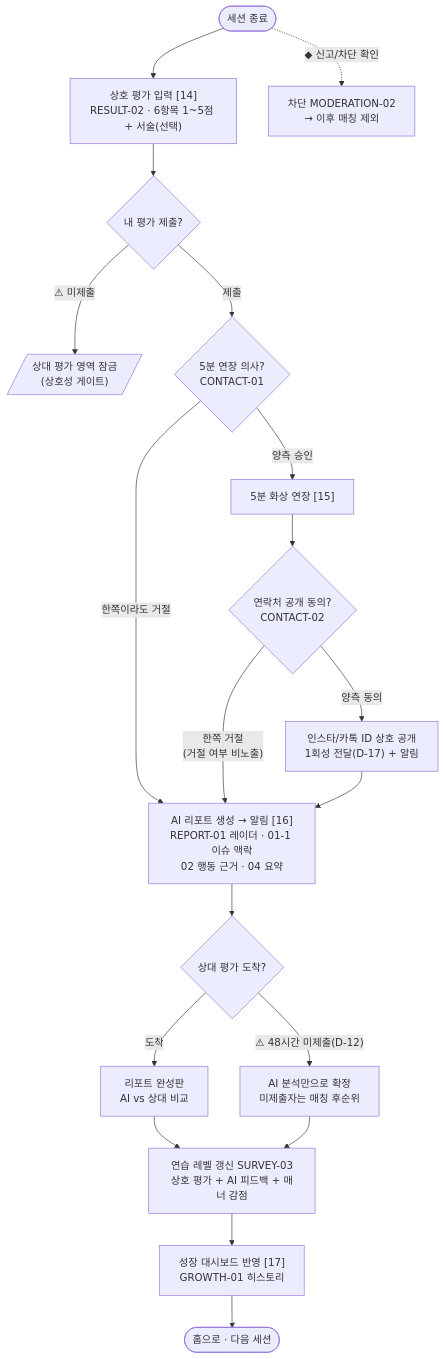
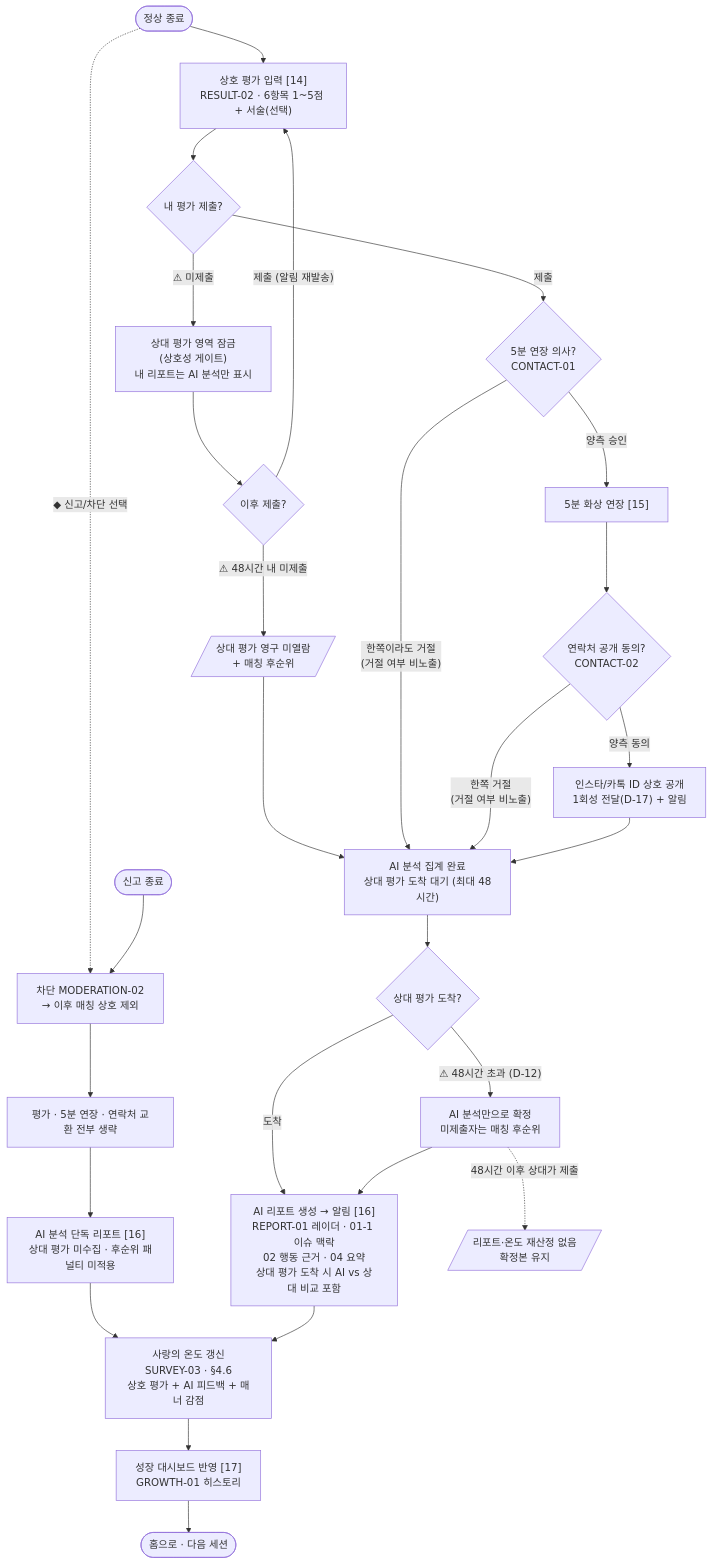
Before and after one commit to nenini/tikitaka: the fifth of 7 diagrams in 기획산출물/유저플로우.md, drawn with Mermaid. The commit also changed other lines of this file, not shown here.

Commit message:
(S15P11A307-236):유저플로우 수정

````diff
--- a/기획산출물/유저플로우.md
+++ b/기획산출물/유저플로우.md
@@ -136,26 +201,37 @@
 ```mermaid
 flowchart TD
-    S([세션 종료]) --> EVAL["상호 평가 입력 [14]<br/>RESULT-02 · 6항목 1~5점 + 서술(선택)"]
-    S -.->|"◆ 신고/차단 확인"| BLK["차단 MODERATION-02<br/>→ 이후 매칭 제외"]
+    S([정상 종료]) --> EVAL["상호 평가 입력 [14]<br/>RESULT-02 · 6항목 1~5점 + 서술(선택)"]
+    S -.->|"◆ 신고/차단 선택"| BLK
+    SR([신고 종료]) --> BLK["차단 MODERATION-02<br/>→ 이후 매칭 상호 제외"]
+    BLK --> SKIPE["평가 · 5분 연장 · 연락처 교환 전부 생략"]
+    SKIPE --> GENR["AI 분석 단독 리포트 [16]<br/>상대 평가 미수집 · 후순위 패널티 미적용"]
+    GENR --> TEMPU
 
     EVAL --> SUBMIT{내 평가 제출?}
-    SUBMIT -->|"⚠ 미제출"| LOCK[/"상대 평가 영역 잠금<br/>(상호성 게이트)"/]
+    SUBMIT -->|"⚠ 미제출"| LOCK["상대 평가 영역 잠금<br/>(상호성 게이트)<br/>내 리포트는 AI 분석만 표시"]
+    LOCK --> LATER{"이후 제출?"}
+    LATER -->|"제출 (알림 재발송)"| EVAL
+    LATER -->|"⚠ 48시간 내 미제출"| PENAL[/"상대 평가 영구 미열람<br/>+ 매칭 후순위"/]
+    PENAL --> WAITP
     SUBMIT -->|제출| EXT{"5분 연장 의사?<br/>CONTACT-01"}
 
     EXT -->|"양측 승인"| FIVE["5분 화상 연장 [15]"]
+    EXT -->|"한쪽이라도 거절<br/>(거절 여부 비노출)"| WAITP
     FIVE --> SHARE{"연락처 공개 동의?<br/>CONTACT-02"}
-    EXT -->|"한쪽이라도 거절"| REPORT
     SHARE -->|양측 동의| OPEN["인스타/카톡 ID 상호 공개<br/>1회성 전달(D-17) + 알림"]
-    SHARE -->|"한쪽 거절<br/>(거절 여부 비노출)"| REPORT
-    OPEN --> REPORT
+    SHARE -->|"한쪽 거절<br/>(거절 여부 비노출)"| WAITP
+    OPEN --> WAITP
 
-    REPORT["AI 리포트 생성 → 알림 [16]<br/>REPORT-01 레이더 · 01-1 이슈 맥락<br/>02 행동 근거 · 04 요약"]
-    REPORT --> PEER{상대 평가 도착?}
-    PEER -->|도착| FULL["리포트 완성판<br/>AI vs 상대 비교"]
-    PEER -->|"⚠ 48시간 미제출(D-12)"| AIONLY["AI 분석만으로 확정<br/>미제출자는 매칭 후순위"]
+    WAITP["AI 분석 집계 완료<br/>상대 평가 도착 대기 (최대 48시간)"]
+    WAITP --> PEER{"상대 평가 도착?"}
+    PEER -->|도착| GEN
+    PEER -->|"⚠ 48시간 초과 (D-12)"| AIONLY["AI 분석만으로 확정<br/>미제출자는 매칭 후순위"]
+    AIONLY --> GEN
 
-    FULL --> LEVEL["연습 레벨 갱신 SURVEY-03<br/>상호 평가 + AI 피드백 + 매너 감점"]
-    AIONLY --> LEVEL
-    LEVEL --> DASH["성장 대시보드 반영 [17]<br/>GROWTH-01 히스토리"]
+    GEN["AI 리포트 생성 → 알림 [16]<br/>REPORT-01 레이더 · 01-1 이슈 맥락<br/>02 행동 근거 · 04 요약<br/>상대 평가 도착 시 AI vs 상대 비교 포함"]
+    GEN --> TEMPU["사랑의 온도 갱신<br/>SURVEY-03 · §4.6<br/>상호 평가 + AI 피드백 + 매너 감점"]
+    TEMPU --> DASH["성장 대시보드 반영 [17]<br/>GROWTH-01 히스토리"]
     DASH --> HOME([홈으로 · 다음 세션])
+
+    AIONLY -.->|"48시간 이후 상대가 제출"| NOUPD[/"리포트·온도 재산정 없음<br/>확정본 유지"/]
 ```
````
